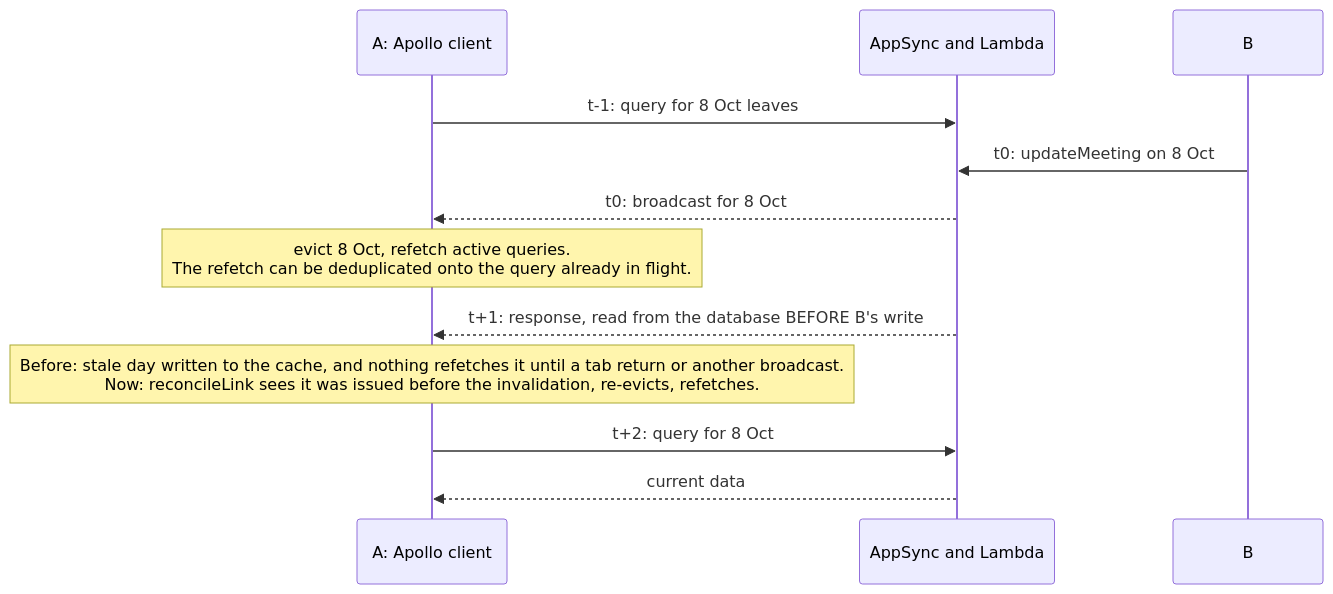
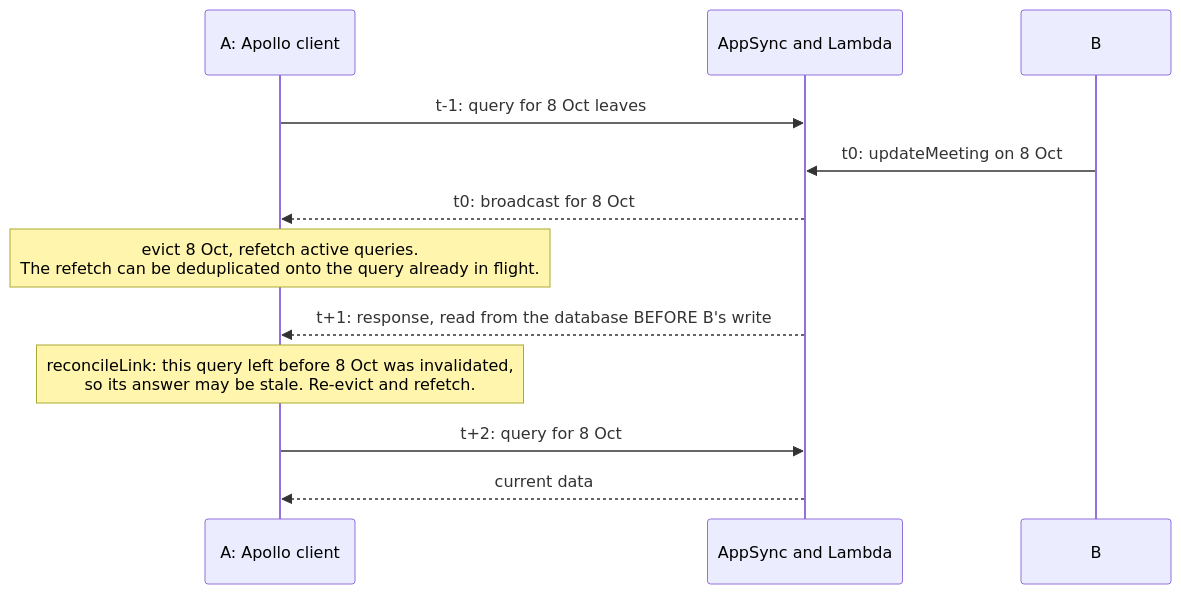
Before and after one commit to geoffweatherall/mootmaker: the third of 7 diagrams in docs/showcase/live-updates-talk.md, drawn with Mermaid. The commit also changed other lines of this file and 2 other files, not shown here.

````diff
--- a/docs/showcase/live-updates-talk.md
+++ b/docs/showcase/live-updates-talk.md
@@ -692,14 +468,14 @@
 ```mermaid
 sequenceDiagram
   participant A as A: Apollo client
   participant AS as AppSync and Lambda
   participant B as B
   A->>AS: t-1: query for 8 Oct leaves
   B->>AS: t0: updateMeeting on 8 Oct
   AS-->>A: t0: broadcast for 8 Oct
   Note over A: evict 8 Oct, refetch active queries.<br/>The refetch can be deduplicated onto the query already in flight.
   AS-->>A: t+1: response, read from the database BEFORE B's write
-  Note over A: Before: stale day written to the cache, and nothing refetches it until a tab return or another broadcast.<br/>Now: reconcileLink sees it was issued before the invalidation, re-evicts, refetches.
+  Note over A: reconcileLink: this query left before 8 Oct was invalidated,<br/>so its answer may be stale. Re-evict and refetch.
   A->>AS: t+2: query for 8 Oct
   AS-->>A: current data
 ```
````
